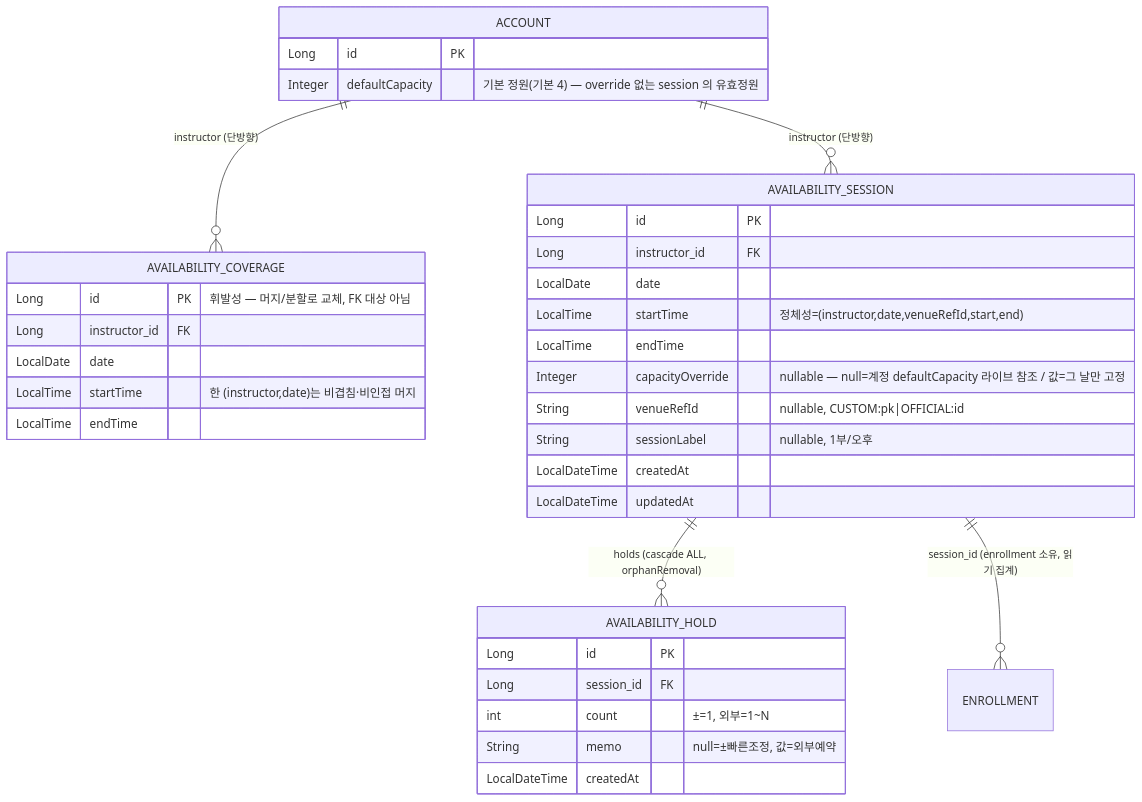
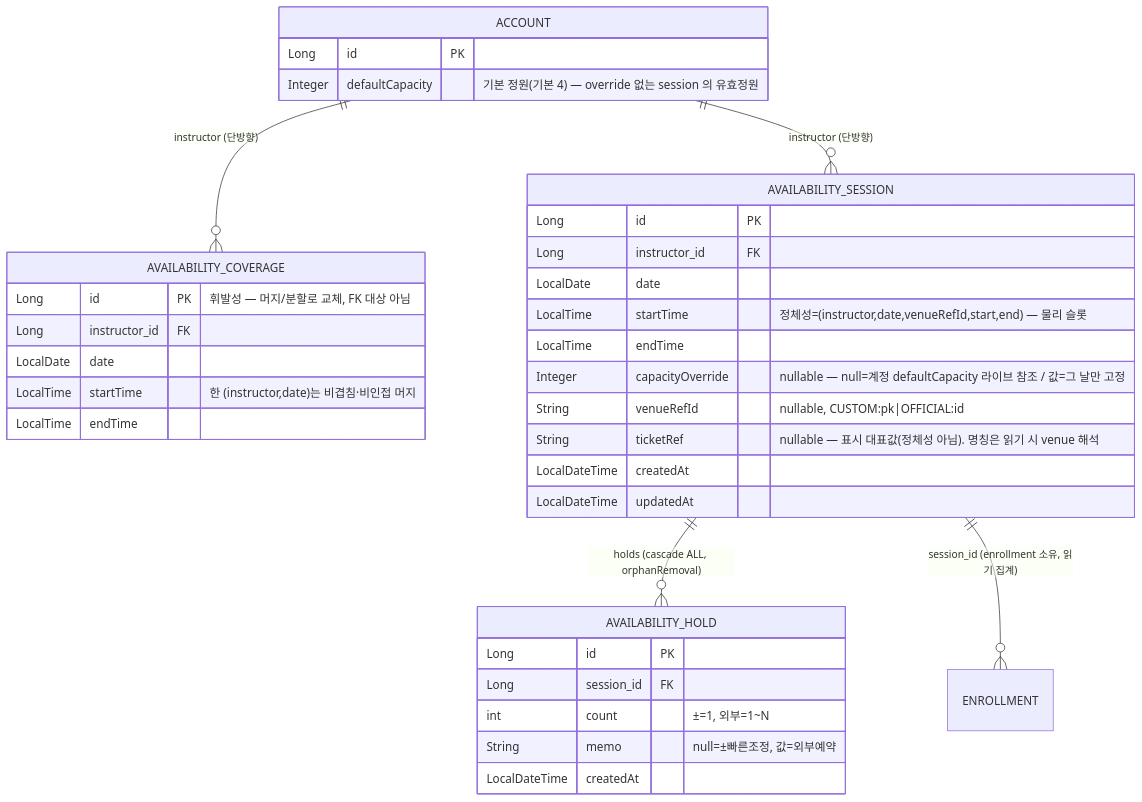
Before and after one commit to pungdong/Pungdong-Backend: the fifth of 5 diagrams in docs/architecture/availability.md, drawn with Mermaid. The commit also changed other lines of this file and 9 other files, not shown here.

First line of the commit message:
Refactor: session 라벨을 ticketRef 링킹으로 정규화 (명칭은 BE 해석) (#73)

````diff
--- a/docs/architecture/availability.md
+++ b/docs/architecture/availability.md
@@ -123,38 +123,38 @@
 ```mermaid
 erDiagram
   ACCOUNT ||--o{ AVAILABILITY_COVERAGE : "instructor (단방향)"
   ACCOUNT ||--o{ AVAILABILITY_SESSION : "instructor (단방향)"
   AVAILABILITY_SESSION ||--o{ AVAILABILITY_HOLD : "holds (cascade ALL, orphanRemoval)"
   AVAILABILITY_SESSION ||--o{ ENROLLMENT : "session_id (enrollment 소유, 읽기 집계)"
 
   ACCOUNT {
     Long id PK
     Integer defaultCapacity "기본 정원(기본 4) — override 없는 session 의 유효정원"
   }
   AVAILABILITY_COVERAGE {
     Long id PK "휘발성 — 머지/분할로 교체, FK 대상 아님"
     Long instructor_id FK
     LocalDate date
     LocalTime startTime "한 (instructor,date)는 비겹침·비인접 머지"
     LocalTime endTime
   }
   AVAILABILITY_SESSION {
     Long id PK
     Long instructor_id FK
     LocalDate date
-    LocalTime startTime "정체성=(instructor,date,venueRefId,start,end)"
+    LocalTime startTime "정체성=(instructor,date,venueRefId,start,end) — 물리 슬롯"
     LocalTime endTime
     Integer capacityOverride "nullable — null=계정 defaultCapacity 라이브 참조 / 값=그 날만 고정"
     String venueRefId "nullable, CUSTOM:pk|OFFICIAL:id"
-    String sessionLabel "nullable, 1부/오후"
+    String ticketRef "nullable — 표시 대표값(정체성 아님). 명칭은 읽기 시 venue 해석"
     LocalDateTime createdAt
     LocalDateTime updatedAt
   }
   AVAILABILITY_HOLD {
     Long id PK
     Long session_id FK
     int count "±=1, 외부=1~N"
     String memo "null=±빠른조정, 값=외부예약"
     LocalDateTime createdAt
   }
 ```
````
